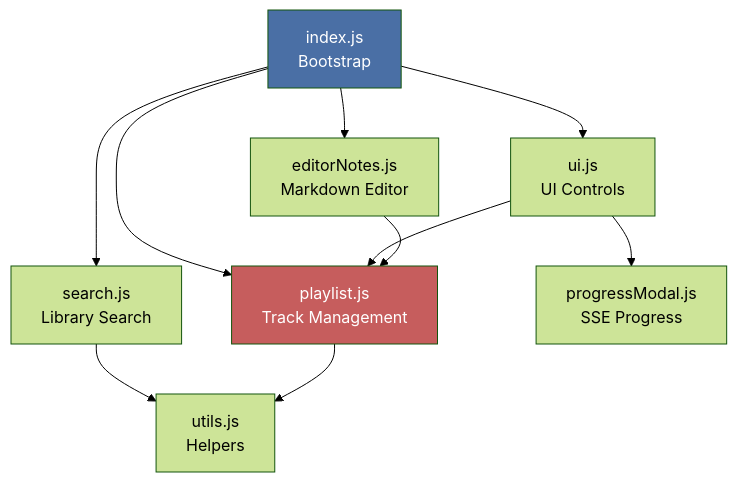
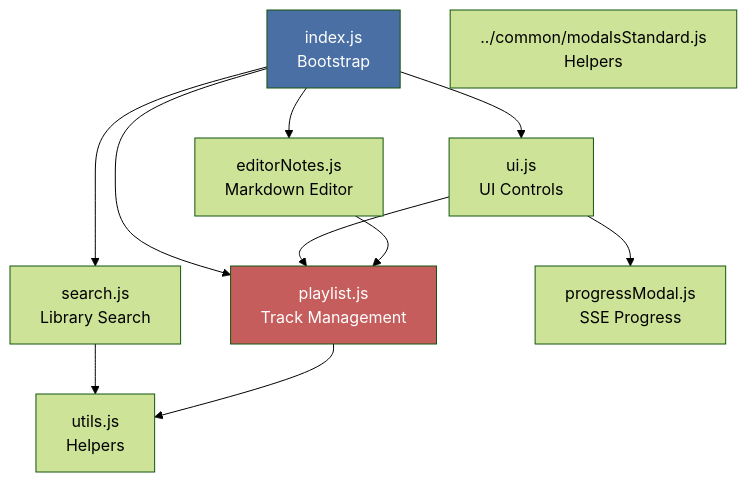
Before and after one commit to mark-me/mixtape-society: the first of 3 diagrams in docs/development/mixtape-system/editor-frontend.md, drawn with Mermaid (forest theme). The commit also changed 8 other files, not shown here.

````diff
--- a/docs/development/mixtape-system/editor-frontend.md
+++ b/docs/development/mixtape-system/editor-frontend.md
@@ -27,25 +27,26 @@
 ```mermaid
 graph TD
     Index[index.js<br/>Bootstrap]
 
     Search[search.js<br/>Library Search]
     Playlist[playlist.js<br/>Track Management]
     Notes[editorNotes.js<br/>Markdown Editor]
     UI[ui.js<br/>UI Controls]
     Progress[progressModal.js<br/>SSE Progress]
+    StandardModels["../common/modalsStandard.js<br/>Helpers"]
     Utils[utils.js<br/>Helpers]
 
     Index --> Search
     Index --> Playlist
     Index --> Notes
     Index --> UI
 
     Search --> Utils
     Playlist --> Utils
     UI --> Progress
     UI --> Playlist
     Notes --> Playlist
 
     style Index fill:#4a6fa5,color:#fff
     style Playlist fill:#c65d5d,color:#fff
 ```
````
